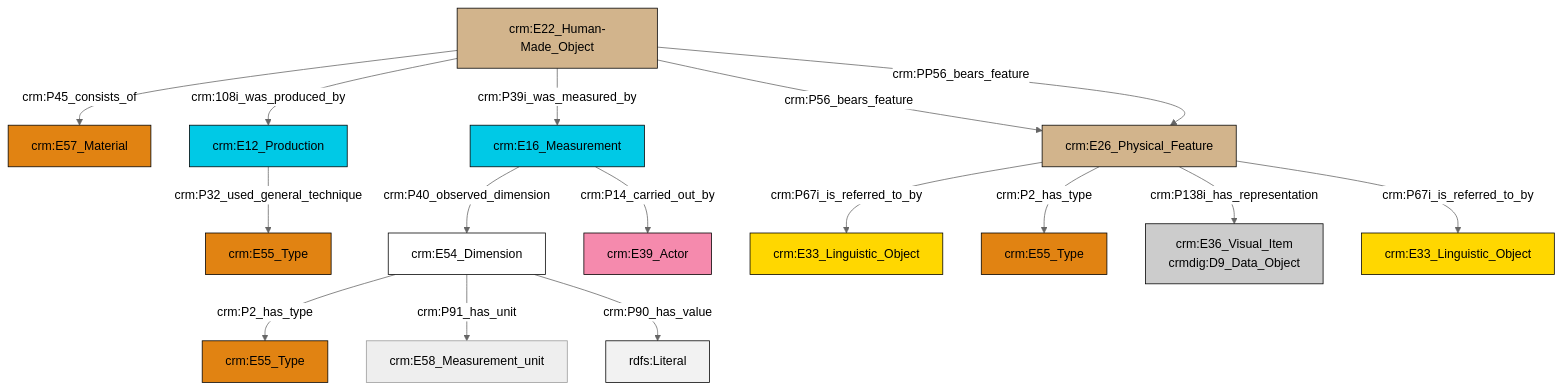
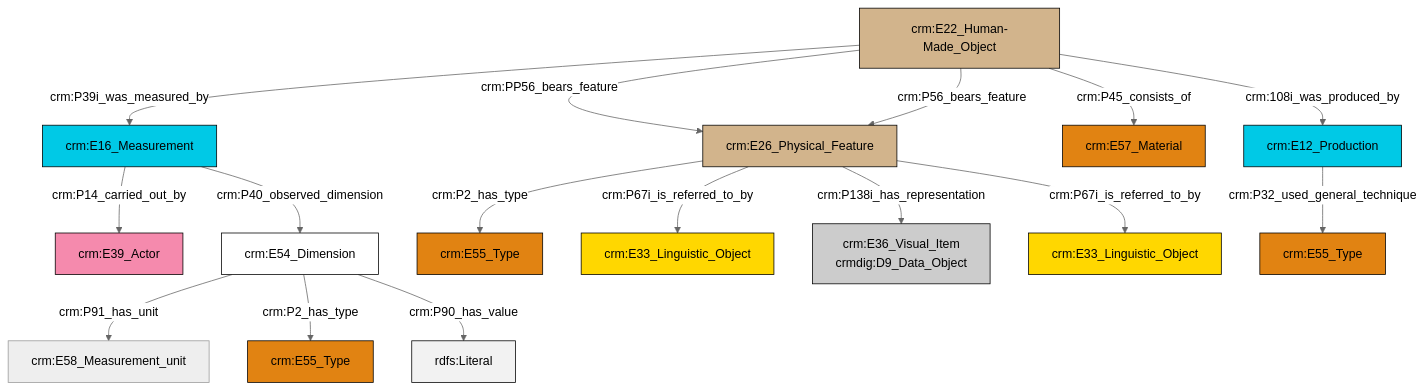
The diagram in et/carrierCSV/ttl/mmd/carrier_substance.ttl.mmd (swiss-art-research-net/docs.swissartresearch), drawn with Mermaid (neutral theme) before and after one commit. The commit also changed 178 other files, not shown here.

```diff
--- a/et/carrierCSV/ttl/mmd/carrier_substance.ttl.mmd
+++ b/et/carrierCSV/ttl/mmd/carrier_substance.ttl.mmd
@@ -1,30 +1,30 @@
 graph TD
 classDef Literal fill:#f2f2f2,stroke:#000000;
 classDef CRM_Entity fill:#FFFFFF,stroke:#000000;
 classDef Temporal_Entity fill:#00C9E6, stroke:#000000;
 classDef Type fill:#E18312, stroke:#000000;
 classDef Time-Span fill:#2C9C91, stroke:#000000;
 classDef Appellation fill:#FFEB7F, stroke:#000000;
 classDef Place fill:#008836, stroke:#000000;
 classDef Persistent_Item fill:#B266B2, stroke:#000000;
 classDef Conceptual_Object fill:#FFD700, stroke:#000000;
 classDef Physical_Thing fill:#D2B48C, stroke:#000000;
 classDef Actor fill:#f58aad, stroke:#000000;
 classDef PC_Classes fill:#4ce600, stroke:#000000;
 classDef Multi fill:#cccccc,stroke:#000000;
 
-2["crm:E22_Human-Made_Object"]:::Physical_Thing -->|crm:P45_consists_of| 0["crm:E57_Material"]:::Type
-5["crm:E16_Measurement"]:::Temporal_Entity -->|crm:P40_observed_dimension| 6["crm:E54_Dimension"]:::CRM_Entity
-7["crm:E26_Physical_Feature"]:::Physical_Thing -->|crm:P67i_is_referred_to_by| 8["crm:E33_Linguistic_Object"]:::Conceptual_Object
-5["crm:E16_Measurement"]:::Temporal_Entity -->|crm:P14_carried_out_by| 11["crm:E39_Actor"]:::Actor
-6["crm:E54_Dimension"]:::CRM_Entity -->|crm:P2_has_type| 9["crm:E55_Type"]:::Type
-6["crm:E54_Dimension"]:::CRM_Entity -->|crm:P91_has_unit| 12["crm:E58_Measurement_unit"]:::Default
-2["crm:E22_Human-Made_Object"]:::Physical_Thing -->|crm:108i_was_produced_by| 14["crm:E12_Production"]:::Temporal_Entity
-2["crm:E22_Human-Made_Object"]:::Physical_Thing -->|crm:P39i_was_measured_by| 5["crm:E16_Measurement"]:::Temporal_Entity
-7["crm:E26_Physical_Feature"]:::Physical_Thing -->|crm:P2_has_type| 18["crm:E55_Type"]:::Type
-2["crm:E22_Human-Made_Object"]:::Physical_Thing -->|crm:P56_bears_feature| 7["crm:E26_Physical_Feature"]:::Physical_Thing
-14["crm:E12_Production"]:::Temporal_Entity -->|crm:P32_used_general_technique| 19["crm:E55_Type"]:::Type
-7["crm:E26_Physical_Feature"]:::Physical_Thing -->|crm:P138i_has_representation| 3["crm:E36_Visual_Item<br>crmdig:D9_Data_Object"]:::Multi
-2["crm:E22_Human-Made_Object"]:::Physical_Thing -->|crm:PP56_bears_feature| 7["crm:E26_Physical_Feature"]:::Physical_Thing
-6["crm:E54_Dimension"]:::CRM_Entity -->|crm:P90_has_value| 23[rdfs:Literal]:::Literal
-7["crm:E26_Physical_Feature"]:::Physical_Thing -->|crm:P67i_is_referred_to_by| 16["crm:E33_Linguistic_Object"]:::Conceptual_Object
+0["crm:E16_Measurement"]:::Temporal_Entity -->|crm:P14_carried_out_by| 1["crm:E39_Actor"]:::Actor
+8["crm:E22_Human-Made_Object"]:::Physical_Thing -->|crm:P39i_was_measured_by| 0["crm:E16_Measurement"]:::Temporal_Entity
+8["crm:E22_Human-Made_Object"]:::Physical_Thing -->|crm:PP56_bears_feature| 9["crm:E26_Physical_Feature"]:::Physical_Thing
+0["crm:E16_Measurement"]:::Temporal_Entity -->|crm:P40_observed_dimension| 4["crm:E54_Dimension"]:::CRM_Entity
+8["crm:E22_Human-Made_Object"]:::Physical_Thing -->|crm:P56_bears_feature| 9["crm:E26_Physical_Feature"]:::Physical_Thing
+8["crm:E22_Human-Made_Object"]:::Physical_Thing -->|crm:P45_consists_of| 6["crm:E57_Material"]:::Type
+4["crm:E54_Dimension"]:::CRM_Entity -->|crm:P91_has_unit| 14["crm:E58_Measurement_unit"]:::Default
+4["crm:E54_Dimension"]:::CRM_Entity -->|crm:P2_has_type| 17["crm:E55_Type"]:::Type
+9["crm:E26_Physical_Feature"]:::Physical_Thing -->|crm:P2_has_type| 2["crm:E55_Type"]:::Type
+4["crm:E54_Dimension"]:::CRM_Entity -->|crm:P90_has_value| 23[rdfs:Literal]:::Literal
+24["crm:E12_Production"]:::Temporal_Entity -->|crm:P32_used_general_technique| 10["crm:E55_Type"]:::Type
+9["crm:E26_Physical_Feature"]:::Physical_Thing -->|crm:P67i_is_referred_to_by| 12["crm:E33_Linguistic_Object"]:::Conceptual_Object
+8["crm:E22_Human-Made_Object"]:::Physical_Thing -->|crm:108i_was_produced_by| 24["crm:E12_Production"]:::Temporal_Entity
+9["crm:E26_Physical_Feature"]:::Physical_Thing -->|crm:P138i_has_representation| 19["crm:E36_Visual_Item<br>crmdig:D9_Data_Object"]:::Multi
+9["crm:E26_Physical_Feature"]:::Physical_Thing -->|crm:P67i_is_referred_to_by| 21["crm:E33_Linguistic_Object"]:::Conceptual_Object
```
